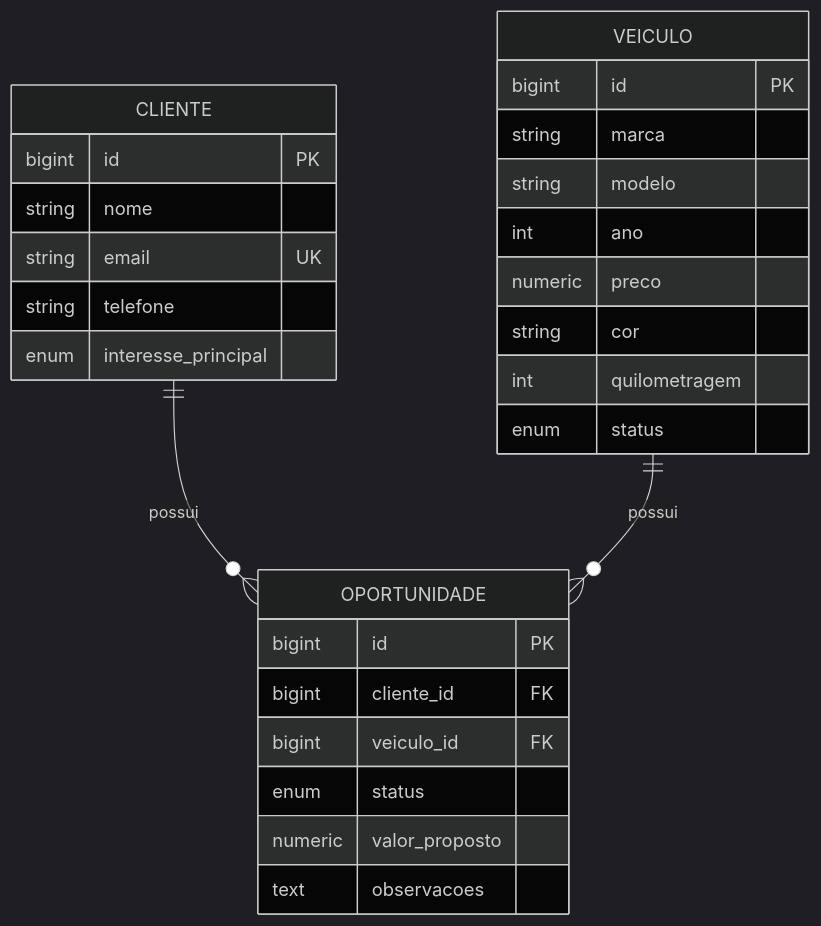
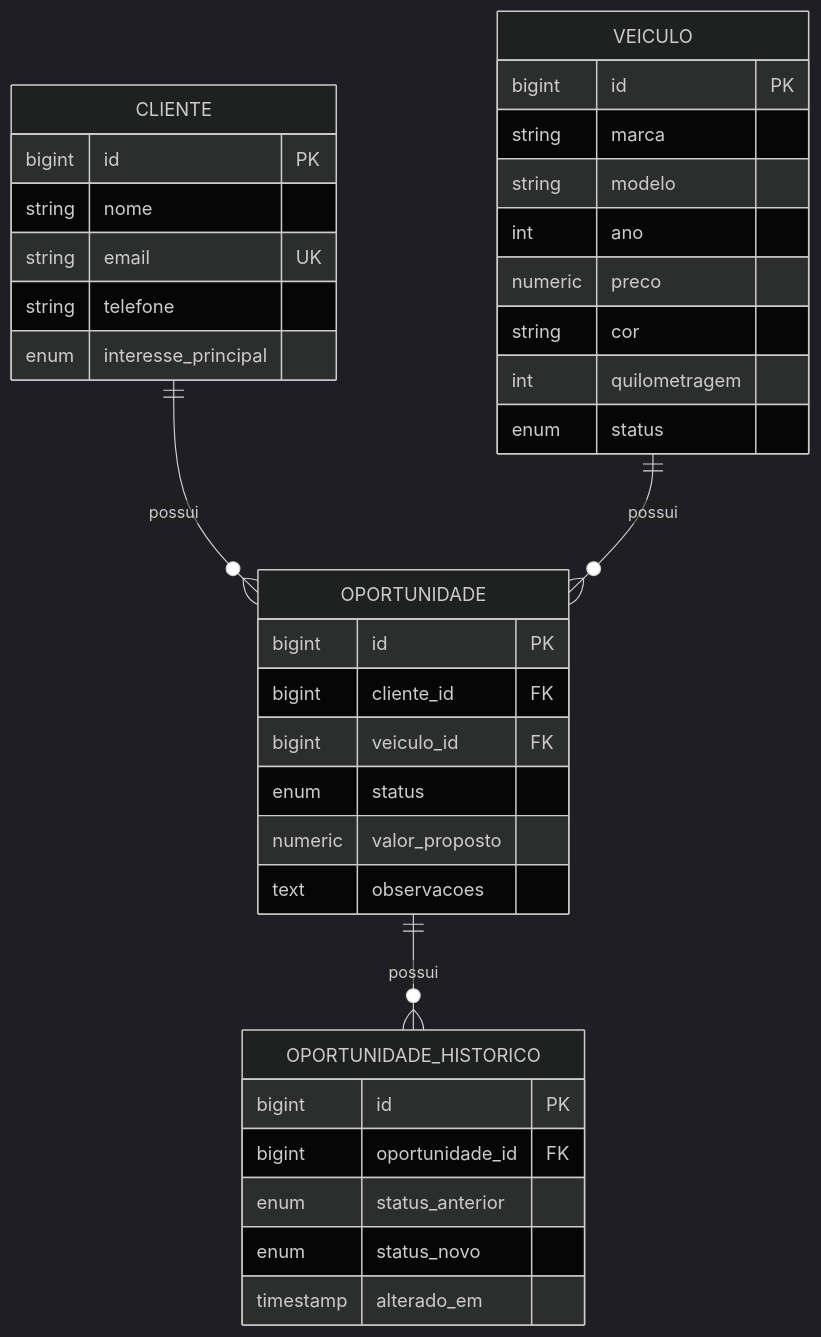
The second of 2 diagrams in docs/AGENT_GUIDE.md (prmatos91/chave-na-mao), drawn with Mermaid (dark theme) before and after one commit. The commit also changed other lines of this file and 55 other files, not shown here.

First line of the commit message:
Auditoria de seguranca/robustez, Testcontainers, historico de status, rotas de detalhe e testes E2E

````diff
--- a/docs/AGENT_GUIDE.md
+++ b/docs/AGENT_GUIDE.md
@@ -39,31 +39,40 @@
 ```mermaid
 erDiagram
     CLIENTE ||--o{ OPORTUNIDADE : possui
     VEICULO ||--o{ OPORTUNIDADE : possui
 
     CLIENTE {
         bigint id PK
         string nome
         string email UK
         string telefone
         enum interesse_principal
     }
     VEICULO {
         bigint id PK
         string marca
         string modelo
         int ano
         numeric preco
         string cor
         int quilometragem
         enum status
     }
     OPORTUNIDADE {
         bigint id PK
         bigint cliente_id FK
         bigint veiculo_id FK
         enum status
         numeric valor_proposto
         text observacoes
     }
+
+    OPORTUNIDADE ||--o{ OPORTUNIDADE_HISTORICO : possui
+    OPORTUNIDADE_HISTORICO {
+        bigint id PK
+        bigint oportunidade_id FK
+        enum status_anterior
+        enum status_novo
+        timestamp alterado_em
+    }
 ```
````
